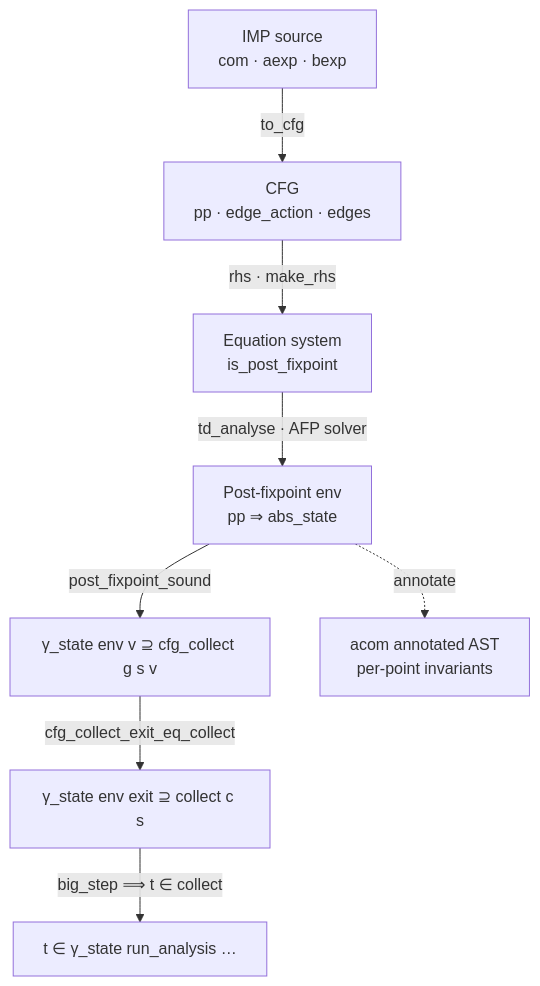
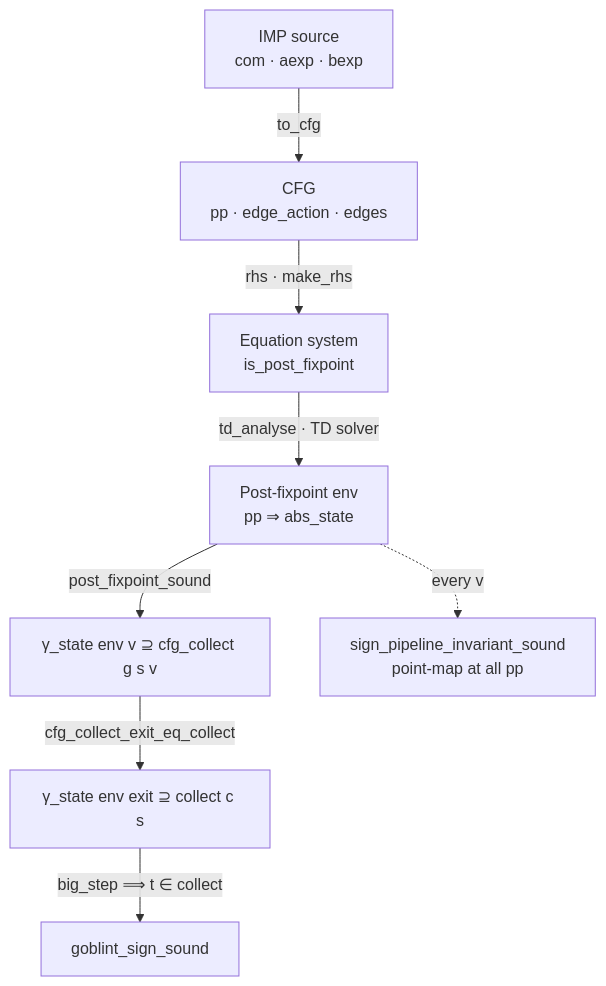
One commit to ManuelLerchner/Voblint-Verification-Master-Thesis changed the second of 6 diagrams in docs/PIPELINE_WALKTHROUGH.md. Above: the diagram before and after it, drawn with Mermaid. The commit also changed other lines of this file and 20 other files, not shown here.

````diff
--- a/docs/PIPELINE_WALKTHROUGH.md
+++ b/docs/PIPELINE_WALKTHROUGH.md
@@ -76,10 +54,10 @@
 ```mermaid
 flowchart TD
   A["IMP source<br/>com · aexp · bexp"] -->|to_cfg| B["CFG<br/>pp · edge_action · edges"]
   B -->|rhs · make_rhs| C["Equation system<br/>is_post_fixpoint"]
-  C -->|td_analyse · AFP solver| D["Post-fixpoint env<br/>pp ⇒ abs_state"]
+  C -->|td_analyse · TD solver| D["Post-fixpoint env<br/>pp ⇒ abs_state"]
   D -->|post_fixpoint_sound| E["γ_state env v ⊇ cfg_collect g s v"]
   E -->|cfg_collect_exit_eq_collect| F["γ_state env exit ⊇ collect c s"]
-  F -->|big_step ⟹ t ∈ collect| G["t ∈ γ_state run_analysis …"]
-  D -.->|annotate| H["acom annotated AST<br/>per-point invariants"]
+  F -->|big_step ⟹ t ∈ collect| G["goblint_sign_sound"]
+  D -.->|every v| H["sign_pipeline_invariant_sound<br/>point-map at all pp"]
 ```
````
